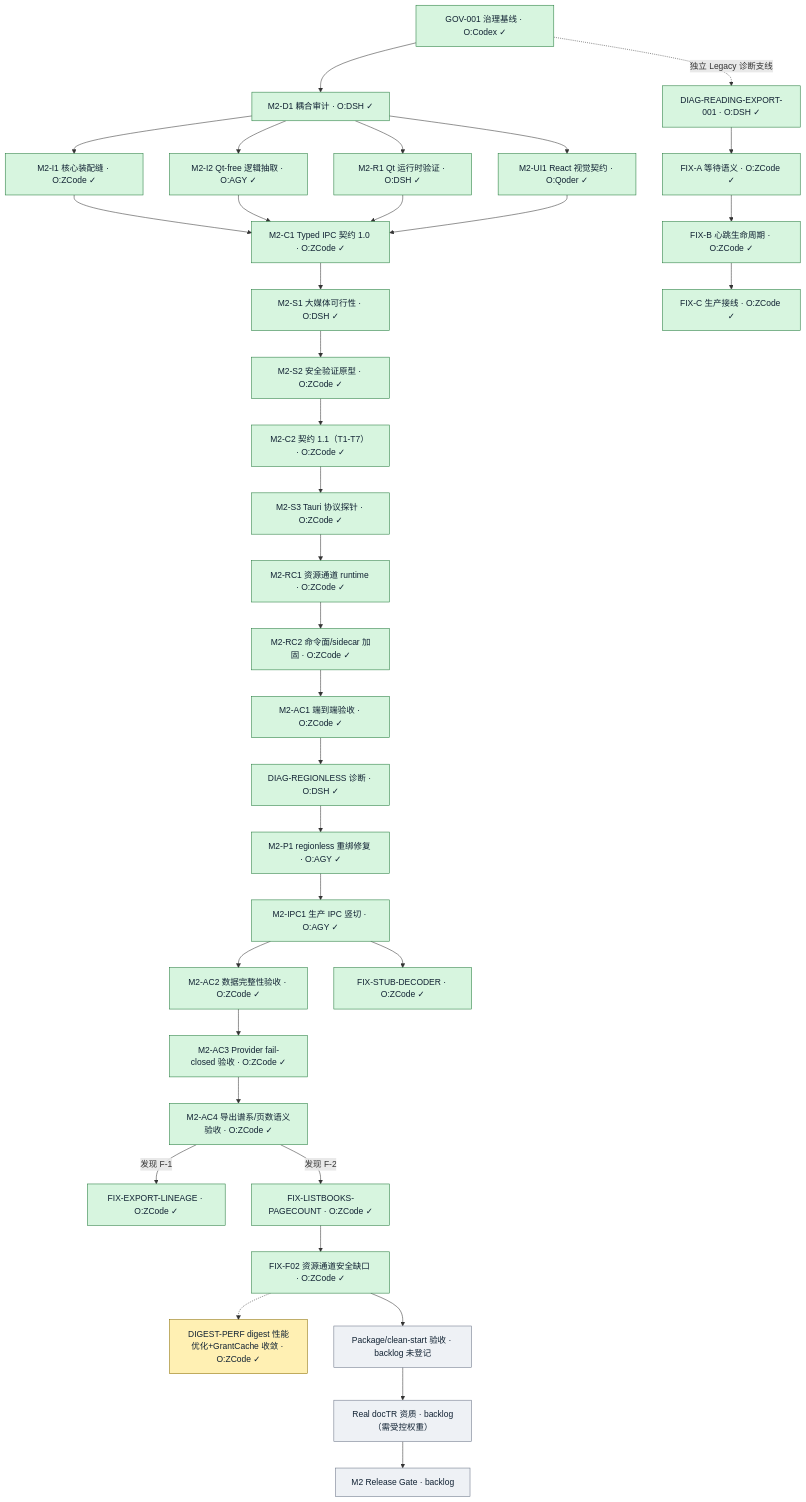
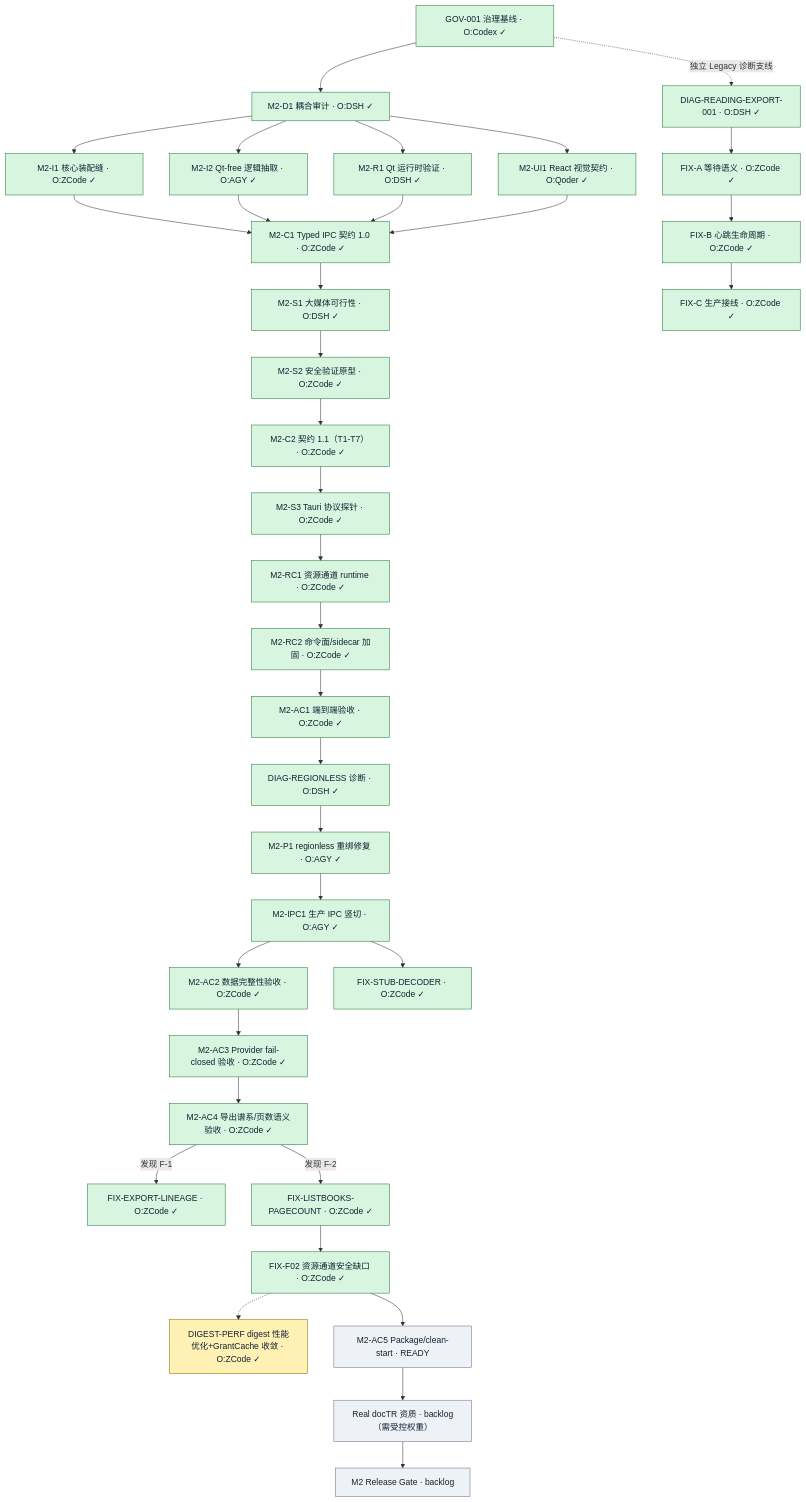
One commit to peakwheat-pixel/New-Manga changed the diagram in doc/REBASELINE_PLAN.md. Above: the diagram before and after it, drawn with Mermaid. The commit also changed other lines of this file and 5 other files, not shown here.

First line of the commit message:
docs: release M2-AC5 windows packaging & clean-start acceptance (ready, base=6f79c040, owner=ZCode via subagent, implementation+acceptance)

````diff
--- a/doc/REBASELINE_PLAN.md
+++ b/doc/REBASELINE_PLAN.md
@@ -60,47 +60,47 @@
 ```mermaid
 flowchart TD
   %% ✓ = done（已集成 main）；O = Owner；R = 非作者 Reviewer；黄色 = proposed 未释放；灰色 = backlog 未登记
   GOV["GOV-001 治理基线 · O:Codex ✓"] --> D1["M2-D1 耦合审计 · O:DSH ✓"]
   D1 --> I1["M2-I1 核心装配缝 · O:ZCode ✓"]
   D1 --> I2["M2-I2 Qt-free 逻辑抽取 · O:AGY ✓"]
   D1 --> R1["M2-R1 Qt 运行时验证 · O:DSH ✓"]
   D1 --> UI1["M2-UI1 React 视觉契约 · O:Qoder ✓"]
   I1 --> C1["M2-C1 Typed IPC 契约 1.0 · O:ZCode ✓"]
   I2 --> C1
   R1 --> C1
   UI1 --> C1
   C1 --> S1["M2-S1 大媒体可行性 · O:DSH ✓"]
   S1 --> S2["M2-S2 安全验证原型 · O:ZCode ✓"]
   S2 --> C2["M2-C2 契约 1.1（T1-T7） · O:ZCode ✓"]
   C2 --> S3["M2-S3 Tauri 协议探针 · O:ZCode ✓"]
   S3 --> RC1["M2-RC1 资源通道 runtime · O:ZCode ✓"]
   RC1 --> RC2["M2-RC2 命令面/sidecar 加固 · O:ZCode ✓"]
   RC2 --> AC1["M2-AC1 端到端验收 · O:ZCode ✓"]
   AC1 --> DGR["DIAG-REGIONLESS 诊断 · O:DSH ✓"]
   DGR --> P1["M2-P1 regionless 重绑修复 · O:AGY ✓"]
   P1 --> IPC1["M2-IPC1 生产 IPC 竖切 · O:AGY ✓"]
   IPC1 --> AC2["M2-AC2 数据完整性验收 · O:ZCode ✓"]
   AC2 --> AC3["M2-AC3 Provider fail-closed 验收 · O:ZCode ✓"]
   AC3 --> AC4["M2-AC4 导出谱系/页数语义验收 · O:ZCode ✓"]
   AC4 -->|"发现 F-1"| FXE["FIX-EXPORT-LINEAGE · O:ZCode ✓"]
   AC4 -->|"发现 F-2"| FXL["FIX-LISTBOOKS-PAGECOUNT · O:ZCode ✓"]
   IPC1 --> FXS["FIX-STUB-DECODER · O:ZCode ✓"]
   FXL --> FXF["FIX-F02 资源通道安全缺口 · O:ZCode ✓"]
   GOV -. 独立 Legacy 诊断支线 .-> DIO["DIAG-READING-EXPORT-001 · O:DSH ✓"]
   DIO --> FXA["FIX-A 等待语义 · O:ZCode ✓"]
   FXA --> FXB["FIX-B 心跳生命周期 · O:ZCode ✓"]
   FXB --> FXC["FIX-C 生产接线 · O:ZCode ✓"]
 
   %% 未完成：候选与 backlog
   FXF -.-> DP["DIGEST-PERF digest 性能优化+GrantCache 收敛 · O:ZCode ✓"]
-  FXF --> PKG["Package/clean-start 验收 · backlog 未登记"]
+  FXF --> PKG["M2-AC5 Package/clean-start · READY"]
   PKG --> DOC["Real docTR 资质 · backlog（需受控权重）"]
   DOC --> RG["M2 Release Gate · backlog"]
 
   classDef done fill:#d7f5df,stroke:#237a3b,color:#123;
   classDef proposed fill:#fff0b3,stroke:#8a6d00,color:#123;
   classDef backlog fill:#eef1f5,stroke:#697386,color:#123;
   class GOV,D1,I1,I2,R1,UI1,C1,S1,S2,C2,S3,RC1,RC2,AC1,DGR,P1,IPC1,AC2,AC3,AC4,FXE,FXL,FXS,FXF,DIO,FXA,FXB,FXC done;
   class DP proposed;
   class PKG,DOC,RG backlog;
 ```
````
